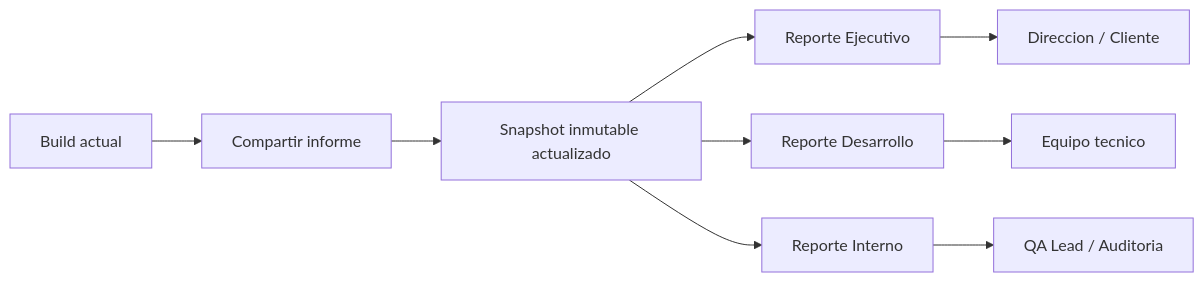
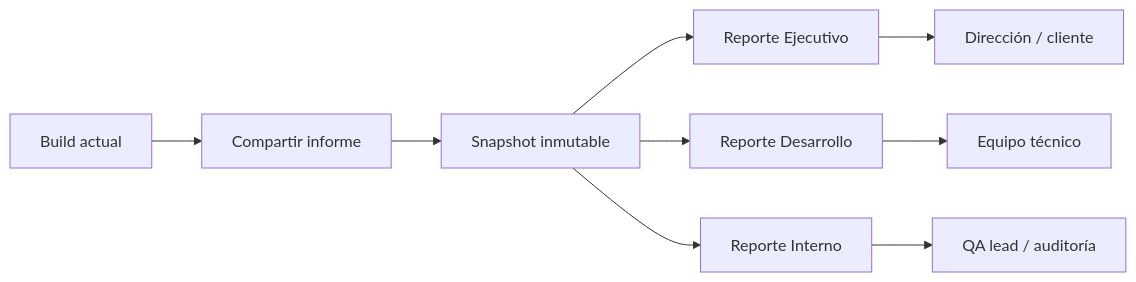
Before and after one commit to treseko/treseko-platform: the second of 3 diagrams in README.md, drawn with Mermaid. The commit also changed other lines of this file and 220 other files, not shown here.

````diff
--- a/README.md
+++ b/README.md
@@ -136,11 +120,11 @@
 ```mermaid
 flowchart LR
   B[Build actual] --> C[Compartir informe]
-  C --> S[Snapshot inmutable actualizado]
+  C --> S[Snapshot inmutable]
   S --> E[Reporte Ejecutivo]
   S --> D[Reporte Desarrollo]
   S --> I[Reporte Interno]
-  E --> M[Direccion / Cliente]
-  D --> DEV[Equipo tecnico]
-  I --> QA[QA Lead / Auditoria]
+  E --> M[Dirección / cliente]
+  D --> DEV[Equipo técnico]
+  I --> QA[QA lead / auditoría]
 ```
````
